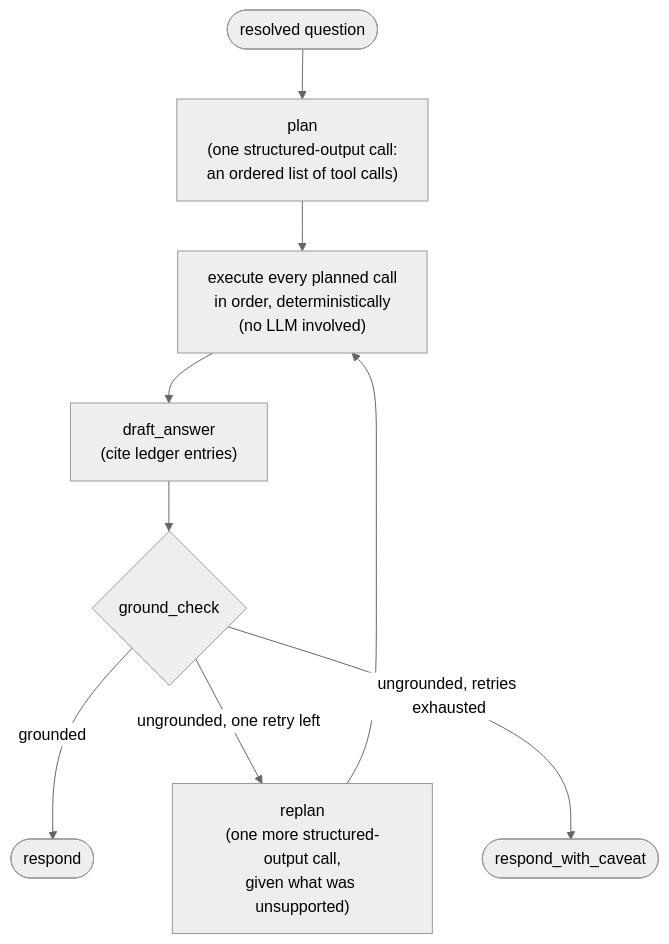
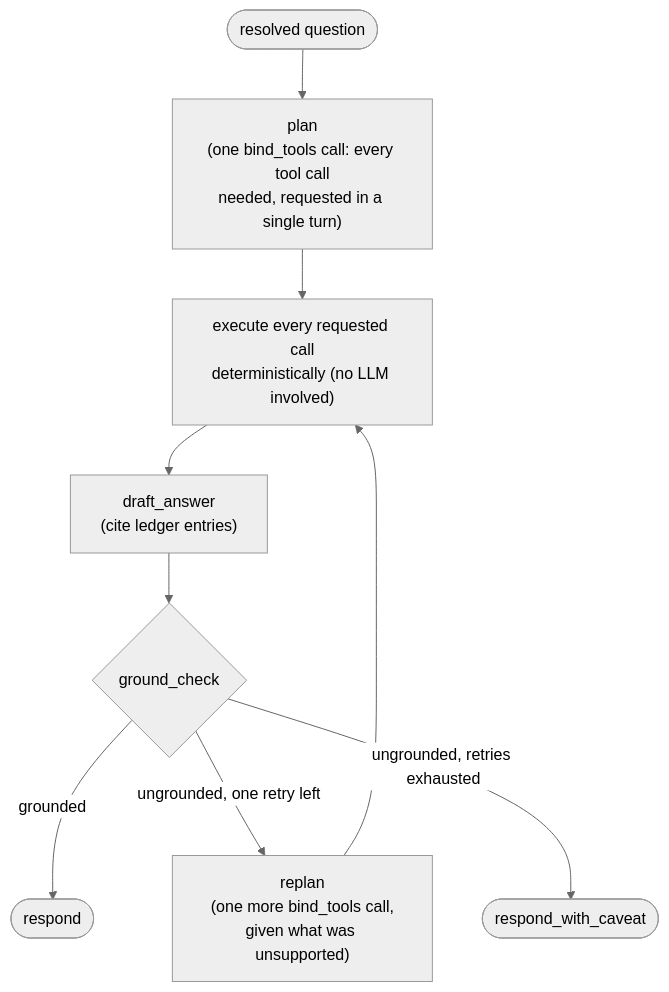
The second of 3 diagrams in design/alternative-architectures-plan.md (TathagatAgrawal/agentic-eval-framework), drawn with Mermaid (neutral theme) before and after one commit. The commit also changed other lines of this file and 5 other files, not shown here.

Commit message:
Add the Plan-and-Execute agent architecture as a fourth AgentAdapter

````diff
--- a/design/alternative-architectures-plan.md
+++ b/design/alternative-architectures-plan.md
@@ -49,11 +49,11 @@
 ```mermaid
 graph TD
-    START(["resolved question"]) --> PLAN["plan<br/>(one structured-output call:<br/>an ordered list of tool calls)"]
-    PLAN --> EXEC["execute every planned call<br/>in order, deterministically<br/>(no LLM involved)"]
+    START(["resolved question"]) --> PLAN["plan<br/>(one bind_tools call: every tool call<br/>needed, requested in a single turn)"]
+    PLAN --> EXEC["execute every requested call<br/>deterministically (no LLM involved)"]
     EXEC --> DRAFT["draft_answer<br/>(cite ledger entries)"]
     DRAFT --> CHECK{ground_check}
     CHECK -->|grounded| RESPOND(["respond"])
-    CHECK -->|ungrounded, one retry left| REPLAN["replan<br/>(one more structured-output call,<br/>given what was unsupported)"]
+    CHECK -->|ungrounded, one retry left| REPLAN["replan<br/>(one more bind_tools call,<br/>given what was unsupported)"]
     REPLAN --> EXEC
     CHECK -->|ungrounded, retries exhausted| CAVEAT(["respond_with_caveat"])
 ```
````
